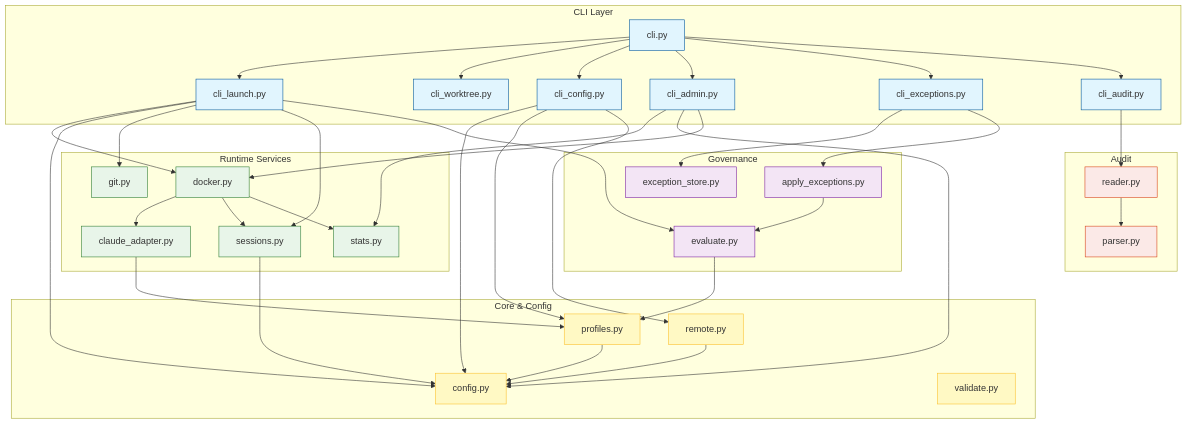
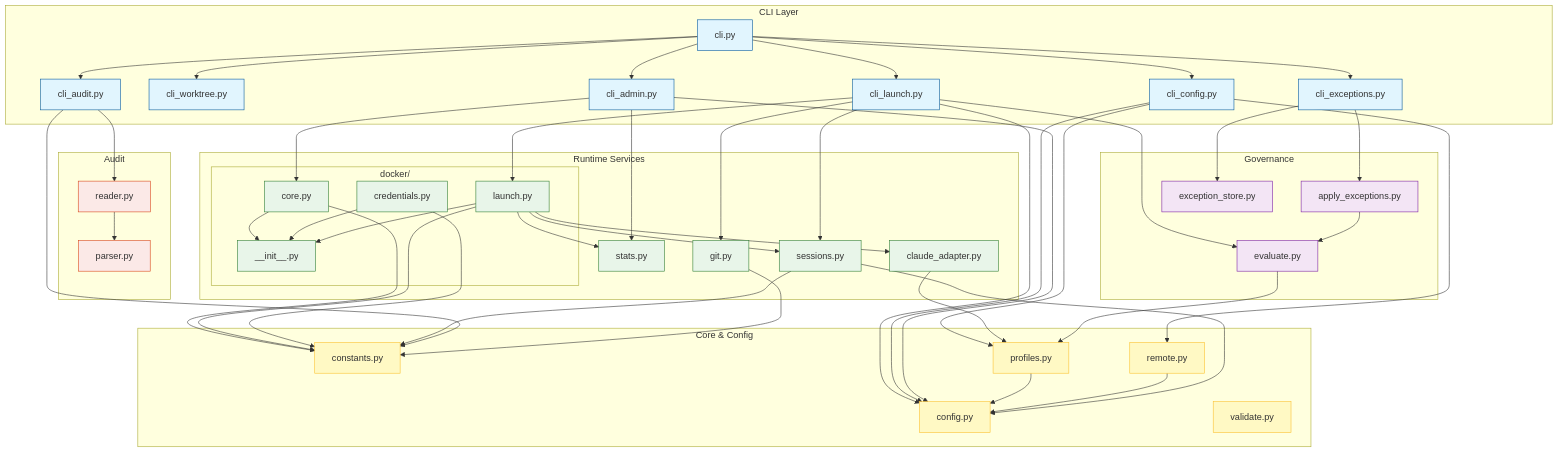
The fourth of 6 diagrams in docs/ARCHITECTURE.md (CCimen/scc), drawn with Mermaid before and after one commit. The commit also changed other lines of this file and 17 other files, not shown here.

````diff
--- a/docs/ARCHITECTURE.md
+++ b/docs/ARCHITECTURE.md
@@ -219,6 +219,7 @@
     end
 
     subgraph Core[Core & Config]
+        Constants[constants.py]:::core
         Config[config.py]:::core
         Remote[remote.py]:::core
         Profiles[profiles.py]:::core
@@ -237,7 +238,12 @@
     end
 
     subgraph Runtime[Runtime Services]
-        Docker[docker.py]:::runtime
+        subgraph DockerPkg[docker/]
+            DockerInit[__init__.py]:::runtime
+            DockerCore[core.py]:::runtime
+            DockerCreds[credentials.py]:::runtime
+            DockerLaunch[launch.py]:::runtime
+        end
         Adapter[claude_adapter.py]:::runtime
         Git[git.py]:::runtime
         Sessions[sessions.py]:::runtime
@@ -251,7 +257,7 @@
     Main --> ExcCLI
     Main --> AuditCLI
 
-    Launch --> Docker
+    Launch --> DockerLaunch
     Launch --> Config
     Launch --> Git
     Launch --> Sessions
@@ -269,11 +275,14 @@
 
     Admin --> Stats
     Admin --> Config
-    Admin --> Docker
+    Admin --> DockerCore
 
-    Docker --> Adapter
-    Docker --> Sessions
-    Docker --> Stats
+    DockerLaunch --> Adapter
+    DockerLaunch --> Sessions
+    DockerLaunch --> Stats
+    DockerCore --> DockerInit
+    DockerCreds --> DockerInit
+    DockerLaunch --> DockerInit
 
     Adapter --> Profiles
     Profiles --> Config
@@ -281,4 +290,12 @@
     Evaluate --> Profiles
     ApplyExc --> Evaluate
     Sessions --> Config
+
+    %% Constants provides backend-specific values
+    DockerCore --> Constants
+    DockerLaunch --> Constants
+    DockerCreds --> Constants
+    Sessions --> Constants
+    AuditCLI --> Constants
+    Git --> Constants
 ```
````
